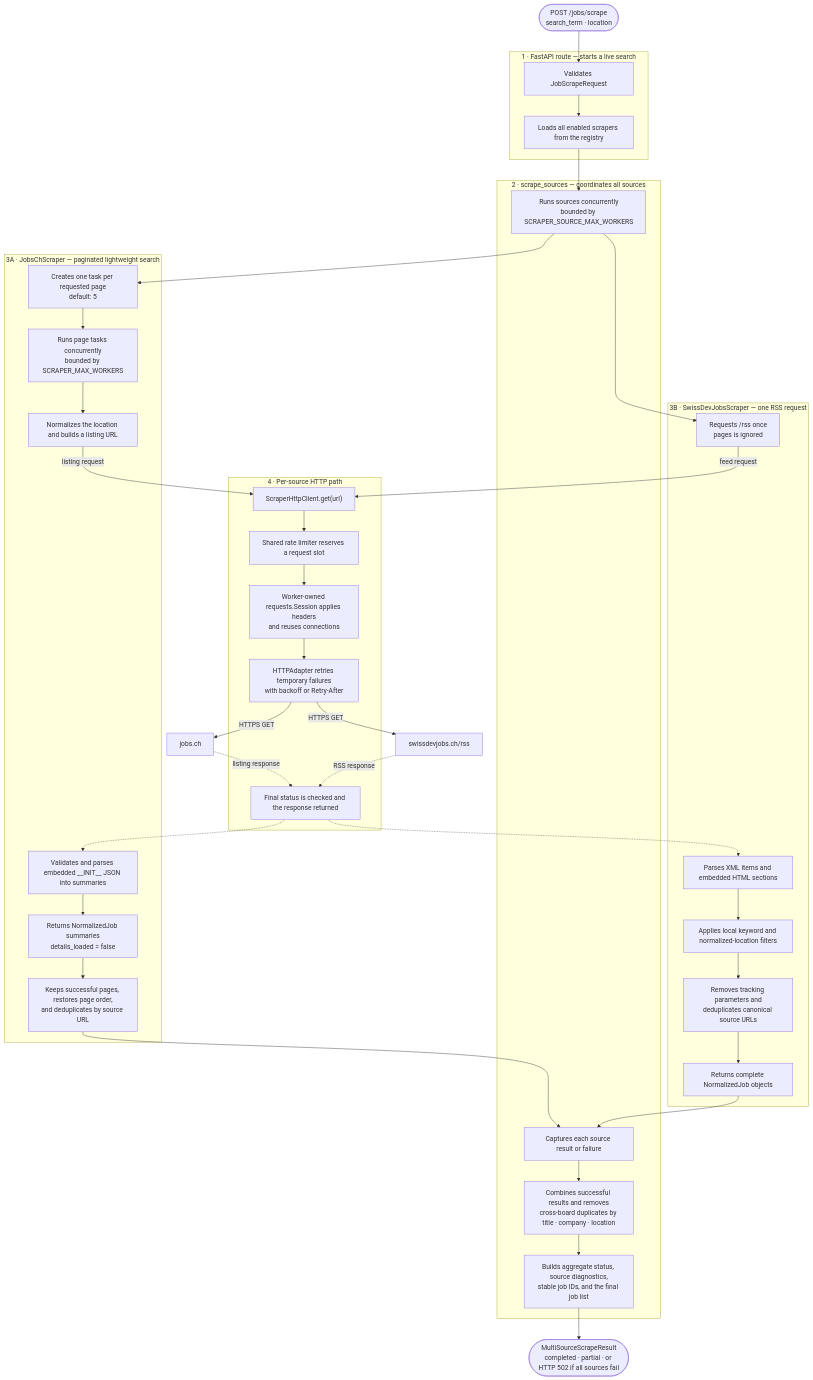
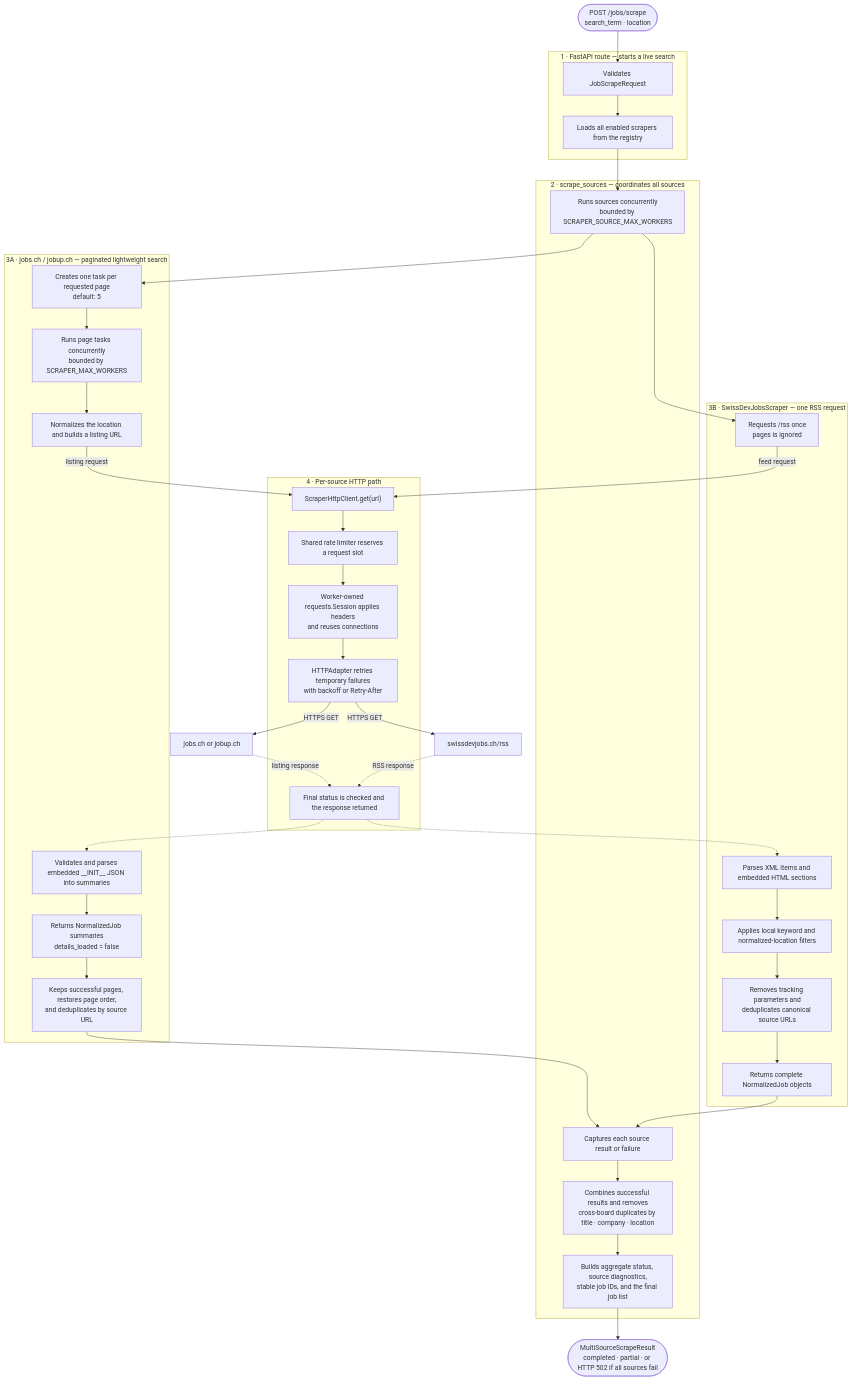
Before and after one commit to Loca0307/JobFinder: the first of 2 diagrams in SCRAPER_WORKFLOW.md, drawn with Mermaid. The commit also changed other lines of this file and 18 other files, not shown here.

Commit message:
updated with jobup.ch scraper based on jobcloud other scraper, and updated terraform to add auth to the frontend and oac to lambda

````diff
--- a/SCRAPER_WORKFLOW.md
+++ b/SCRAPER_WORKFLOW.md
@@ -7,63 +7,63 @@
 ```mermaid
 flowchart TD
     CALL(["POST /jobs/scrape<br/>search_term · location"])
 
     subgraph API["1 · FastAPI route — starts a live search"]
         VALIDATE["Validates JobScrapeRequest"]
         REGISTER["Loads all enabled scrapers from the registry"]
     end
 
     subgraph ORCHESTRATOR["2 · scrape_sources — coordinates all sources"]
         SOURCEPOOL["Runs sources concurrently<br/>bounded by SCRAPER_SOURCE_MAX_WORKERS"]
         ISOLATE["Captures each source result or failure"]
         CROSSDEDUPE["Combines successful results and removes<br/>cross-board duplicates by title · company · location"]
         SUMMARY["Builds aggregate status, source diagnostics,<br/>stable job IDs, and the final job list"]
     end
 
-    subgraph JOBSCH["3A · JobsChScraper — paginated lightweight search"]
+    subgraph JOBCLOUD["3A · jobs.ch / jobup.ch — paginated lightweight search"]
         PAGEPLAN["Creates one task per requested page<br/>default: 5"]
         PAGEPOOL["Runs page tasks concurrently<br/>bounded by SCRAPER_MAX_WORKERS"]
         LISTURL["Normalizes the location and builds a listing URL"]
         INITJSON["Validates and parses embedded __INIT__ JSON into summaries"]
         LIGHT["Returns NormalizedJob summaries<br/>details_loaded = false"]
         PAGEMERGE["Keeps successful pages, restores page order,<br/>and deduplicates by source URL"]
     end
 
     subgraph SWISSDEV["3B · SwissDevJobsScraper — one RSS request"]
         RSS["Requests /rss once<br/>pages is ignored"]
         XML["Parses XML items and embedded HTML sections"]
         FILTER["Applies local keyword and normalized-location filters"]
         CANONICAL["Removes tracking parameters and<br/>deduplicates canonical source URLs"]
         COMPLETE["Returns complete NormalizedJob objects"]
     end
 
     subgraph TRANSPORT["4 · Per-source HTTP path"]
         GET["ScraperHttpClient.get(url)"]
         LIMIT["Shared rate limiter reserves a request slot"]
         SESSION["Worker-owned requests.Session applies headers<br/>and reuses connections"]
         RETRY["HTTPAdapter retries temporary failures<br/>with backoff or Retry-After"]
         STATUS["Final status is checked and the response returned"]
     end
 
-    JOBSCHSITE["jobs.ch"]
+    JOBCLOUDSITE["jobs.ch or jobup.ch"]
     RSSSITE["swissdevjobs.ch/rss"]
     RETURN(["MultiSourceScrapeResult<br/>completed · partial · or HTTP 502 if all sources fail"])
 
     CALL --> VALIDATE --> REGISTER --> SOURCEPOOL
     SOURCEPOOL --> PAGEPLAN --> PAGEPOOL --> LISTURL
     SOURCEPOOL --> RSS
 
     LISTURL -->|"listing request"| GET
     RSS -->|"feed request"| GET
     GET --> LIMIT --> SESSION --> RETRY
-    RETRY -->|"HTTPS GET"| JOBSCHSITE
+    RETRY -->|"HTTPS GET"| JOBCLOUDSITE
     RETRY -->|"HTTPS GET"| RSSSITE
-    JOBSCHSITE -. "listing response" .-> STATUS
+    JOBCLOUDSITE -. "listing response" .-> STATUS
     RSSSITE -. "RSS response" .-> STATUS
     STATUS -.-> INITJSON
     STATUS -.-> XML
 
     INITJSON --> LIGHT --> PAGEMERGE --> ISOLATE
     XML --> FILTER --> CANONICAL --> COMPLETE --> ISOLATE
     ISOLATE --> CROSSDEDUPE --> SUMMARY --> RETURN
 ```
````
